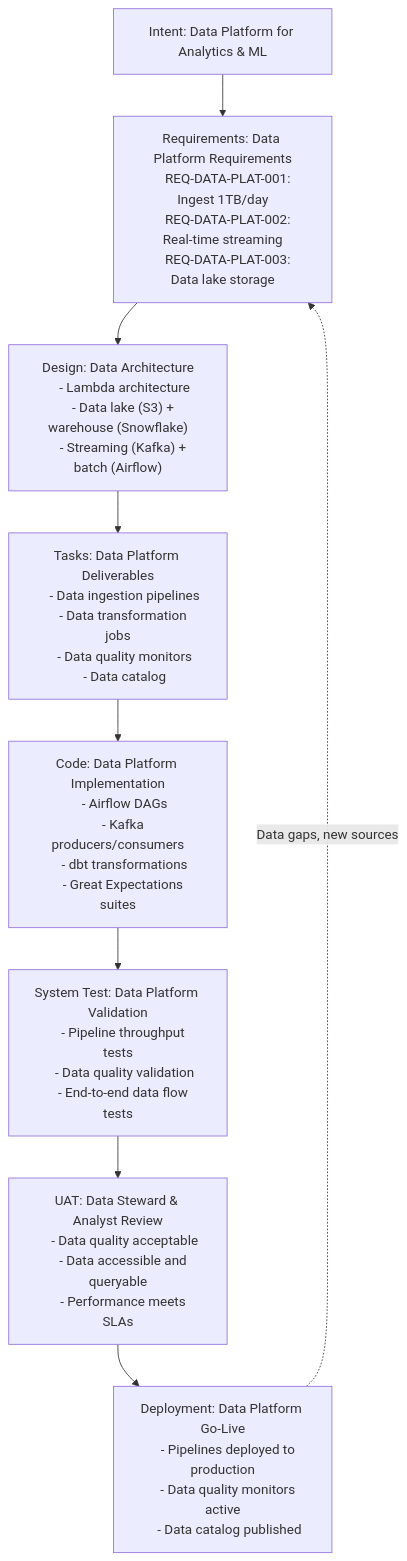
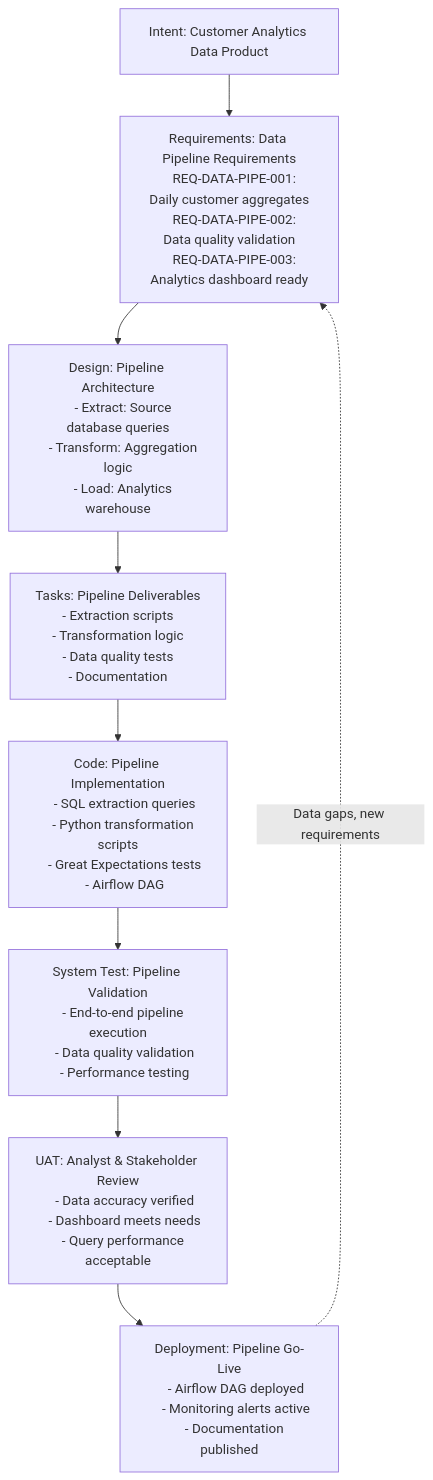
One commit to foolishimp/AI_SDLC_Context changed diagram 11 of 13 in docs/ai_sdlc_guide.md. Above: the diagram before and after it, drawn with Mermaid. The commit also changed other lines of this file, not shown here.

````diff
--- a/docs/ai_sdlc_guide.md
+++ b/docs/ai_sdlc_guide.md
@@ -1804,43 +2516,43 @@
 ```mermaid
 flowchart TD
-    INTENT["Intent: Data Platform for Analytics & ML"]
-    REQ["Requirements: Data Platform Requirements
-    REQ-DATA-PLAT-001: Ingest 1TB/day
-    REQ-DATA-PLAT-002: Real-time streaming
-    REQ-DATA-PLAT-003: Data lake storage"]
-    DESIGN["Design: Data Architecture
-    - Lambda architecture
-    - Data lake (S3) + warehouse (Snowflake)
-    - Streaming (Kafka) + batch (Airflow)"]
-    TASKS["Tasks: Data Platform Deliverables
-    - Data ingestion pipelines
-    - Data transformation jobs
-    - Data quality monitors
-    - Data catalog"]
-    CODE["Code: Data Platform Implementation
-    - Airflow DAGs
-    - Kafka producers/consumers
-    - dbt transformations
-    - Great Expectations suites"]
-    TEST["System Test: Data Platform Validation
-    - Pipeline throughput tests
+    INTENT["Intent: Customer Analytics Data Product"]
+    REQ["Requirements: Data Pipeline Requirements
+    REQ-DATA-PIPE-001: Daily customer aggregates
+    REQ-DATA-PIPE-002: Data quality validation
+    REQ-DATA-PIPE-003: Analytics dashboard ready"]
+    DESIGN["Design: Pipeline Architecture
+    - Extract: Source database queries
+    - Transform: Aggregation logic
+    - Load: Analytics warehouse"]
+    TASKS["Tasks: Pipeline Deliverables
+    - Extraction scripts
+    - Transformation logic
+    - Data quality tests
+    - Documentation"]
+    CODE["Code: Pipeline Implementation
+    - SQL extraction queries
+    - Python transformation scripts
+    - Great Expectations tests
+    - Airflow DAG"]
+    TEST["System Test: Pipeline Validation
+    - End-to-end pipeline execution
     - Data quality validation
-    - End-to-end data flow tests"]
-    UAT["UAT: Data Steward & Analyst Review
-    - Data quality acceptable
-    - Data accessible and queryable
-    - Performance meets SLAs"]
-    DEPLOY["Deployment: Data Platform Go-Live
-    - Pipelines deployed to production
-    - Data quality monitors active
-    - Data catalog published"]
+    - Performance testing"]
+    UAT["UAT: Analyst & Stakeholder Review
+    - Data accuracy verified
+    - Dashboard meets needs
+    - Query performance acceptable"]
+    DEPLOY["Deployment: Pipeline Go-Live
+    - Airflow DAG deployed
+    - Monitoring alerts active
+    - Documentation published"]
 
     INTENT --> REQ
     REQ --> DESIGN
     DESIGN --> TASKS
     TASKS --> CODE
     CODE --> TEST
     TEST --> UAT
     UAT --> DEPLOY
-    DEPLOY -.->|"Data gaps, new sources"| REQ
+    DEPLOY -.->|"Data gaps, new requirements"| REQ
 ```
````
